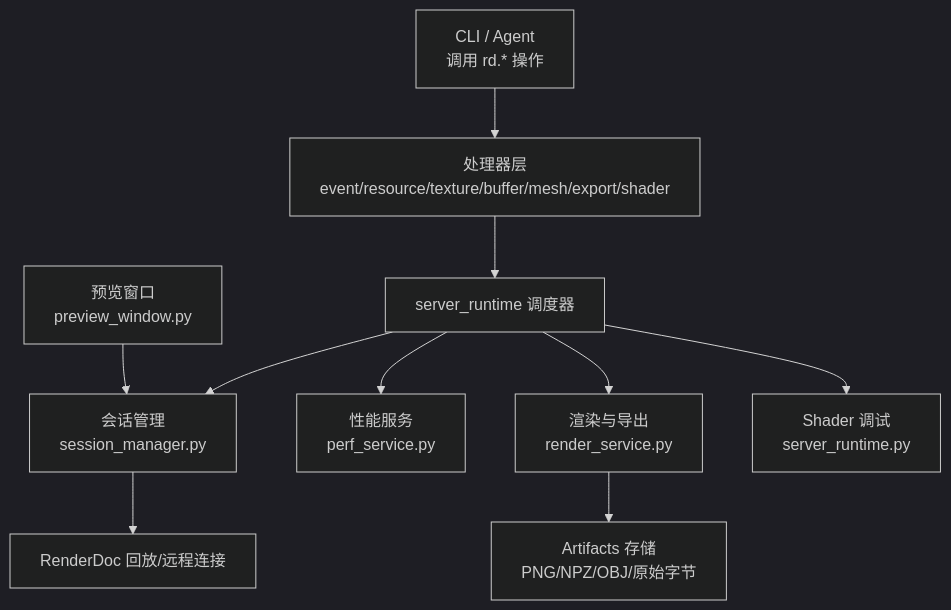
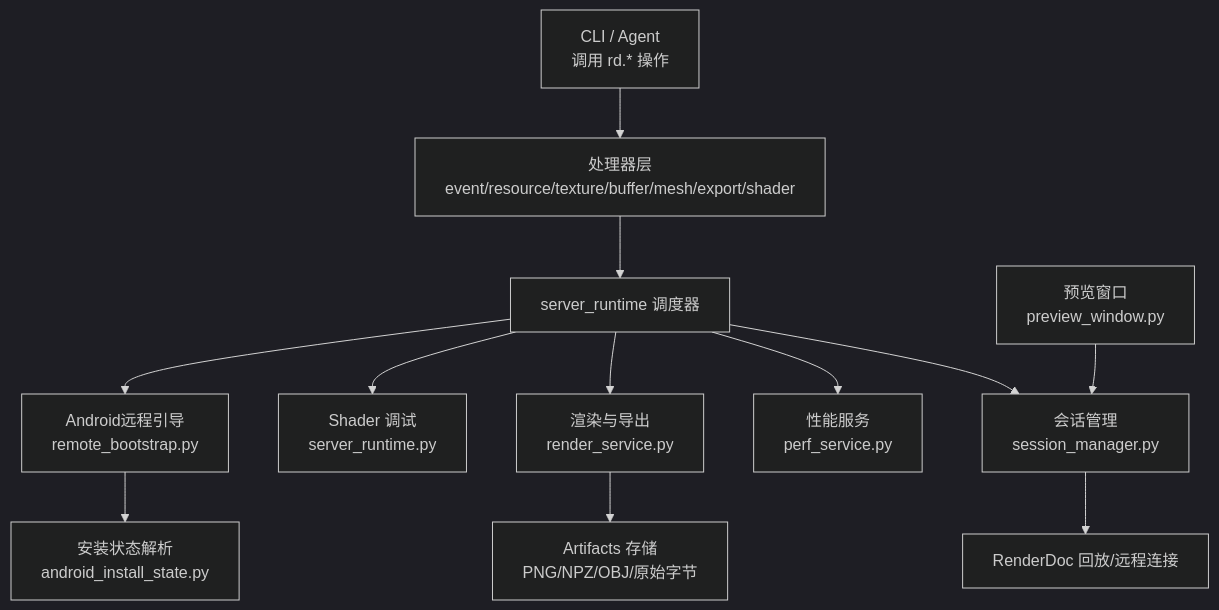
One commit to haolange/RDC-Tool changed the first of 11 diagrams in .qoder/repowiki/zh/content/项目概述/核心功能.md. Above: the diagram before and after it, drawn with Mermaid (dark theme). The commit also changed other lines of this file and 67 other files, not shown here.

````diff
--- a/.qoder/repowiki/zh/content/项目概述/核心功能.md
+++ b/.qoder/repowiki/zh/content/项目概述/核心功能.md
@@ -46,12 +57,14 @@
 ```mermaid
 graph TB
 CLI["CLI / Agent<br/>调用 rd.* 操作"] --> Handlers["处理器层<br/>event/resource/texture/buffer/mesh/export/shader"]
 Handlers --> Runtime["server_runtime 调度器"]
 Runtime --> SessionMgr["会话管理<br/>session_manager.py"]
 Runtime --> PerfSvc["性能服务<br/>perf_service.py"]
 Runtime --> RenderSvc["渲染与导出<br/>render_service.py"]
 Runtime --> DebugLogic["Shader 调试<br/>server_runtime.py"]
+Runtime --> RemoteBoot["Android远程引导<br/>remote_bootstrap.py"]
+RemoteBoot --> InstallState["安装状态解析<br/>android_install_state.py"]
 SessionMgr --> RD["RenderDoc 回放/远程连接"]
 RenderSvc --> Artifacts["Artifacts 存储<br/>PNG/NPZ/OBJ/原始字节"]
 Preview["预览窗口<br/>preview_window.py"] --> SessionMgr
 ```
````
